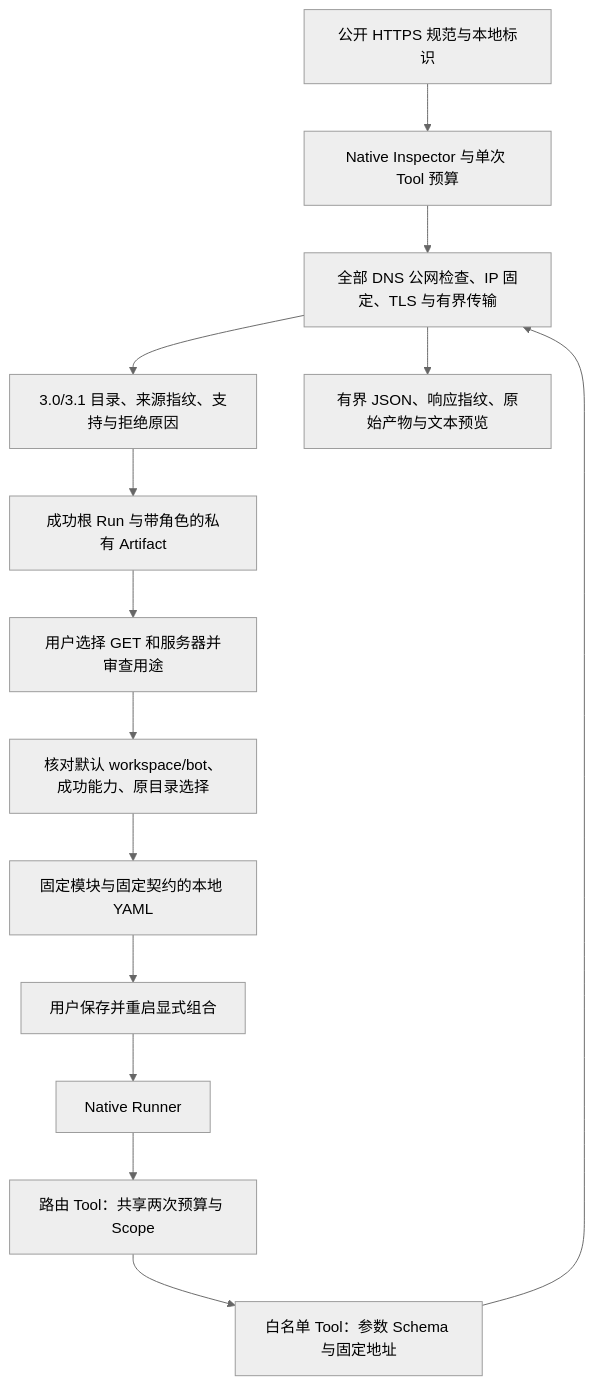
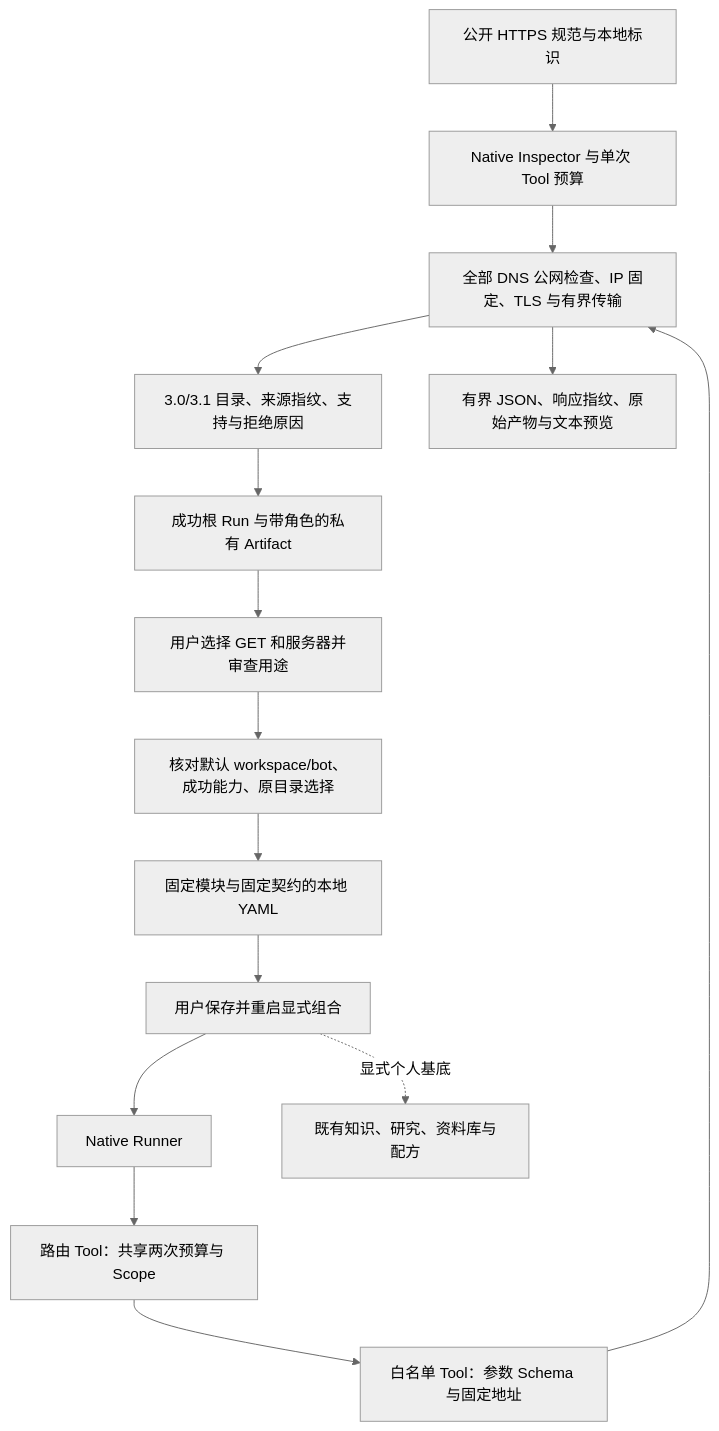
The diagram in backend/src/connectors/openapi/FEATURE.md (KlayPeter/AI-Delivery-Ops-Agent), drawn with Mermaid (neutral theme) before and after one commit. The commit also changed other lines of this file and 20 other files, not shown here.

````diff
--- a/backend/src/connectors/openapi/FEATURE.md
+++ b/backend/src/connectors/openapi/FEATURE.md
@@ -21,16 +21,17 @@
 ```mermaid
 flowchart TD
     UI[公开 HTTPS 规范与本地标识] --> INSPECT[Native Inspector 与单次 Tool 预算]
     INSPECT --> NET[全部 DNS 公网检查、IP 固定、TLS 与有界传输]
     NET --> CATALOG[3.0/3.1 目录、来源指纹、支持与拒绝原因]
     CATALOG --> HISTORY[成功根 Run 与带角色的私有 Artifact]
     HISTORY --> REVIEW[用户选择 GET 和服务器并审查用途]
     REVIEW --> EXPORT[核对默认 workspace/bot、成功能力、原目录选择]
     EXPORT --> YAML[固定模块与固定契约的本地 YAML]
     YAML --> RESTART[用户保存并重启显式组合]
     RESTART --> RUNNER[Native Runner]
+    RESTART -. 显式个人基底 .-> PERSONAL[既有知识、研究、资料库与配方]
     RUNNER --> ROUTE[路由 Tool：共享两次预算与 Scope]
     ROUTE --> GET[白名单 Tool：参数 Schema 与固定地址]
     GET --> NET
     NET --> RESULT[有界 JSON、响应指纹、原始产物与文本预览]
 ```
````
